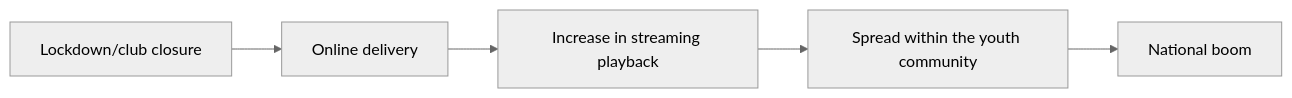
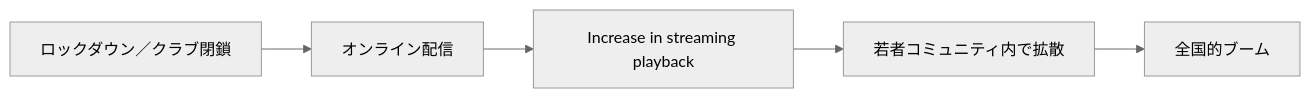
The fourth of 8 diagrams in en/_posts/2025-11-30-column-south-african-amapiano.md (monumental-movement/monumental-movement.github.io), drawn with Mermaid (neutral theme) before and after one commit. The commit also changed other lines of this file and 2196 other files, not shown here.

```diff
--- a/en/_posts/2025-11-30-column-south-african-amapiano.md
+++ b/en/_posts/2025-11-30-column-south-african-amapiano.md
@@ -188,7 +188,7 @@
 <div class="mermaid">
 graph LR
-    LD["Lockdown/club closure"] --> ONL["Online delivery"]
+    LD["ロックダウン／クラブ閉鎖"] --> ONL["オンライン配信"]
     ONL --> STR["Increase in streaming playback"]
-    STR --> YC["Spread within the youth community"]
-    YC --> NB["National boom"]
+    STR --> YC["若者コミュニティ内で拡散"]
+    YC --> NB["全国的ブーム"]
 </div>
```
